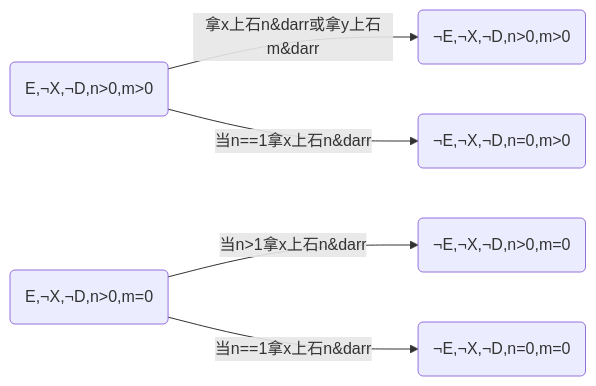
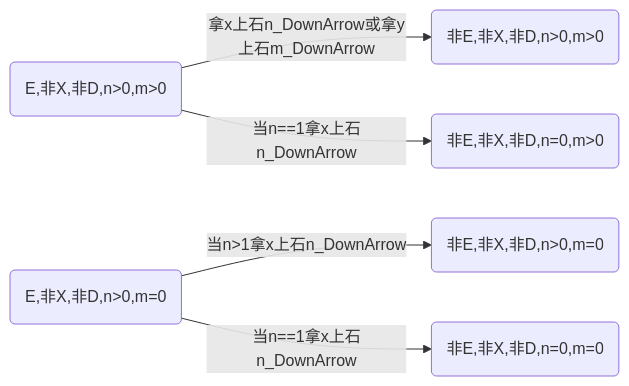
The first of 29 diagrams in docs/SolversBaseOnPDDL/GP_Numerical/图法QNP.md (Tridu33/ZERO-Starting-AI-Planning-in-PDDL-Descripted-World), drawn with Mermaid before and after one commit. The commit also changed other lines of this file and 25 other files, not shown here.

````diff
--- a/docs/SolversBaseOnPDDL/GP_Numerical/图法QNP.md
+++ b/docs/SolversBaseOnPDDL/GP_Numerical/图法QNP.md
@@ -92,7 +92,7 @@
 ```mermaid
 graph LR;
-　　S16(E,&notX,&notD,n>0,m>0) -->|拿x上石n&darr或拿y上石m&darr| S0(&notE,&notX,&notD,n>0,m>0);
-　　S16(E,&notX,&notD,n>0,m>0) -->|当n==1拿x上石n&darr| S2(&notE,&notX,&notD,n=0,m>0) ;
-　　S17(E,&notX,&notD,n>0,m=0) -->|当n>1拿x上石n&darr| S1(&notE,&notX,&notD,n>0,m=0);
-　　S17(E,&notX,&notD,n>0,m=0) -->|当n==1拿x上石n&darr| S3(&notE,&notX,&notD,n=0,m=0);
+　　S16(E,非X,非D,n>0,m>0) -->|拿x上石n_DownArrow或拿y上石m_DownArrow| S0(非E,非X,非D,n>0,m>0);
+　　S16(E,非X,非D,n>0,m>0) -->|当n==1拿x上石n_DownArrow| S2(非E,非X,非D,n=0,m>0) ;
+　　S17(E,非X,非D,n>0,m=0) -->|当n>1拿x上石n_DownArrow| S1(非E,非X,非D,n>0,m=0);
+　　S17(E,非X,非D,n>0,m=0) -->|当n==1拿x上石n_DownArrow| S3(非E,非X,非D,n=0,m=0);
 ```
````
